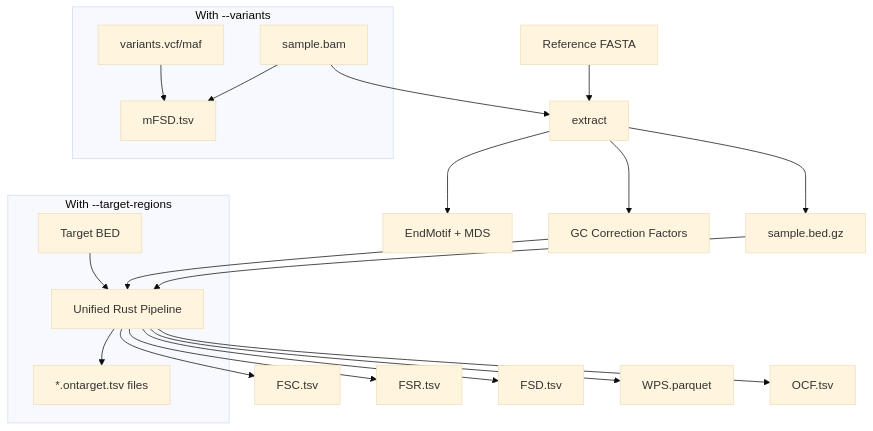
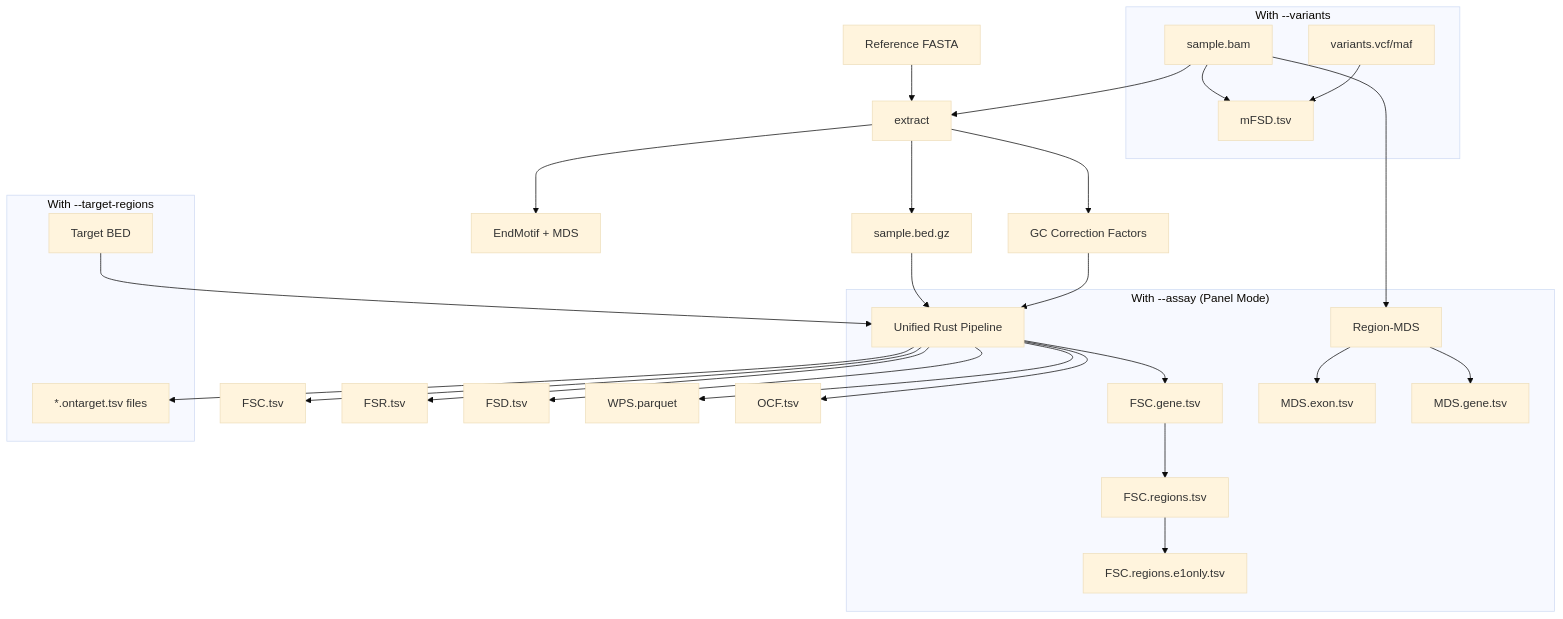
Before and after one commit to msk-access/krewlyzer: the first of 3 diagrams in docs/pipeline.md, drawn with Mermaid (base theme). The commit also changed other lines of this file and 19 other files, not shown here.

````diff
--- a/docs/pipeline.md
+++ b/docs/pipeline.md
@@ -13,28 +13,37 @@
 ```mermaid
 flowchart TB
     BAM["sample.bam"] --> EXTRACT["extract"]
     REF["Reference FASTA"] --> EXTRACT
     
     EXTRACT --> BED["sample.bed.gz"]
     EXTRACT --> MOTIF["EndMotif + MDS"]
     EXTRACT --> GC["GC Correction Factors"]
     
     BED --> PIPELINE["Unified Rust Pipeline"]
     GC --> PIPELINE
     
     PIPELINE --> FSC["FSC.tsv"]
     PIPELINE --> FSR["FSR.tsv"]
     PIPELINE --> FSD["FSD.tsv"]
     PIPELINE --> WPS["WPS.parquet"]
     PIPELINE --> OCF["OCF.tsv"]
     
     subgraph "With --variants"
         BAM --> MFSD["mFSD.tsv"]
         VCF["variants.vcf/maf"] --> MFSD
     end
     
+    subgraph "With --assay (Panel Mode)"
+        PIPELINE --> FSCG["FSC.gene.tsv"]
+        FSCG --> FSCR["FSC.regions.tsv"]
+        FSCR --> E1["FSC.regions.e1only.tsv"]
+        BAM --> RMDS["Region-MDS"]
+        RMDS --> MDSE["MDS.exon.tsv"]
+        RMDS --> MDSG["MDS.gene.tsv"]
+    end
+    
     subgraph "With --target-regions"
         TARGETS["Target BED"] --> PIPELINE
         PIPELINE --> ON["*.ontarget.tsv files"]
     end
 ```
````
